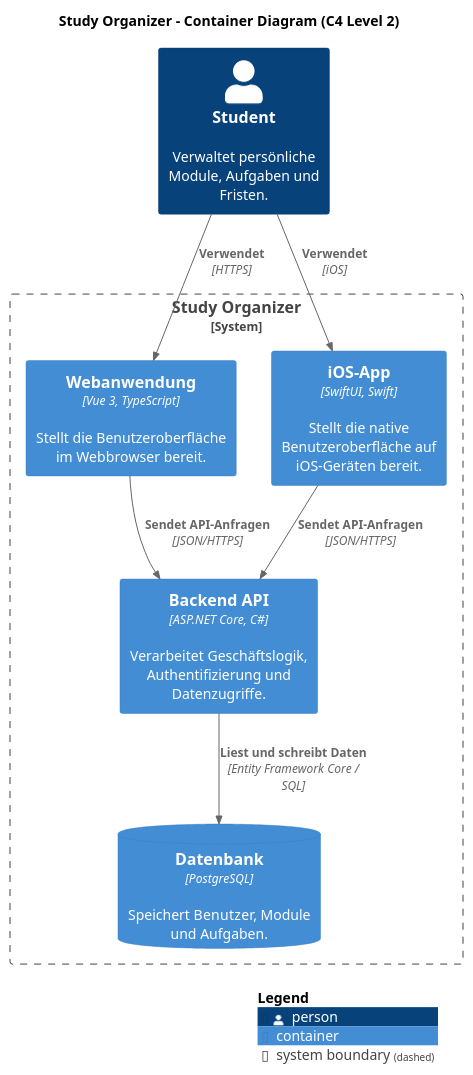
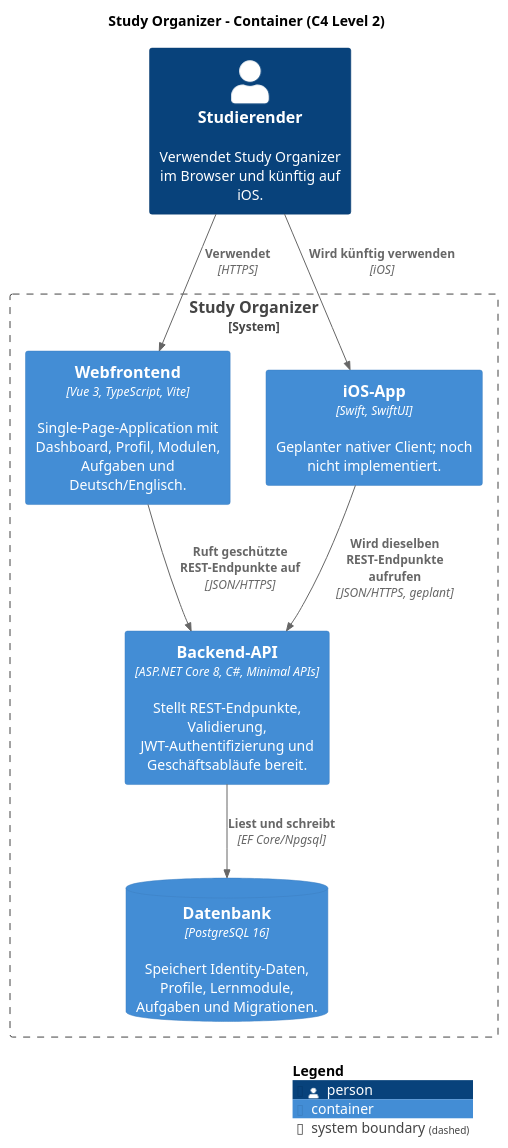
One commit to Saburollah/study-organizer changed the diagram in Docs/diagrams/c4/container.puml. Above: the diagram before and after it, drawn with PlantUML. The commit also changed 11 other files, not shown here.

Commit message:
docs: update project documentation and C4 diagrams (#62)

```diff
--- a/Docs/diagrams/c4/container.puml
+++ b/Docs/diagrams/c4/container.puml
@@ -1,29 +1,22 @@
 @startuml StudyOrganizerContainer
-
 !include https://raw.githubusercontent.com/plantuml-stdlib/C4-PlantUML/master/C4_Container.puml
 
-title Study Organizer - Container Diagram (C4 Level 2)
+title Study Organizer – Container (C4 Level 2)
 
-Person(student, "Student", "Verwaltet persönliche Module, Aufgaben und Fristen.")
+Person(student, "Studierender", "Verwendet Study Organizer im Browser und künftig auf iOS.")
 
 System_Boundary(studyOrganizer, "Study Organizer") {
-    Container(webApp, "Webanwendung", "Vue 3, TypeScript", "Stellt die Benutzeroberfläche im Webbrowser bereit.")
-
-    Container(iosApp, "iOS-App", "SwiftUI, Swift", "Stellt die native Benutzeroberfläche auf iOS-Geräten bereit.")
-
-    Container(api, "Backend API", "ASP.NET Core, C#", "Verarbeitet Geschäftslogik, Authentifizierung und Datenzugriffe.")
-
-    ContainerDb(database, "Datenbank", "PostgreSQL", "Speichert Benutzer, Module und Aufgaben.")
+  Container(web, "Webfrontend", "Vue 3, TypeScript, Vite", "Single-Page-Application mit Dashboard, Profil, Modulen, Aufgaben und Deutsch/Englisch.")
+  Container(ios, "iOS-App", "Swift, SwiftUI", "Geplanter nativer Client; noch nicht implementiert.")
+  Container(api, "Backend-API", "ASP.NET Core 8, C#, Minimal APIs", "Stellt REST-Endpunkte, Validierung, JWT-Authentifizierung und Geschäftsabläufe bereit.")
+  ContainerDb(database, "Datenbank", "PostgreSQL 16", "Speichert Identity-Daten, Profile, Lernmodule, Aufgaben und Migrationen.")
 }
 
-Rel(student, webApp, "Verwendet", "HTTPS")
-Rel(student, iosApp, "Verwendet", "iOS")
-
-Rel(webApp, api, "Sendet API-Anfragen", "JSON/HTTPS")
-Rel(iosApp, api, "Sendet API-Anfragen", "JSON/HTTPS")
-
-Rel(api, database, "Liest und schreibt Daten", "Entity Framework Core / SQL")
+Rel(student, web, "Verwendet", "HTTPS")
+Rel(student, ios, "Wird künftig verwenden", "iOS")
+Rel(web, api, "Ruft geschützte REST-Endpunkte auf", "JSON/HTTPS")
+Rel(ios, api, "Wird dieselben REST-Endpunkte aufrufen", "JSON/HTTPS, geplant")
+Rel(api, database, "Liest und schreibt", "EF Core/Npgsql")
 
 SHOW_LEGEND()
-
 @enduml
```
